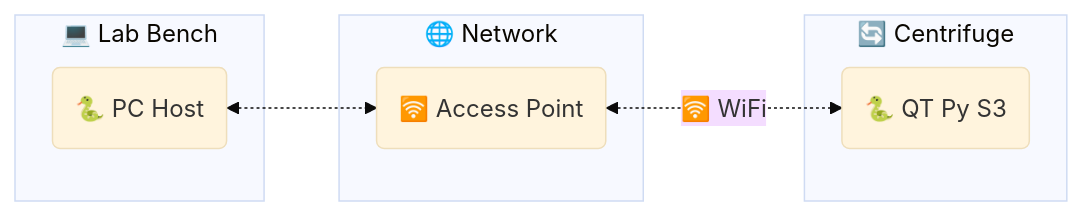
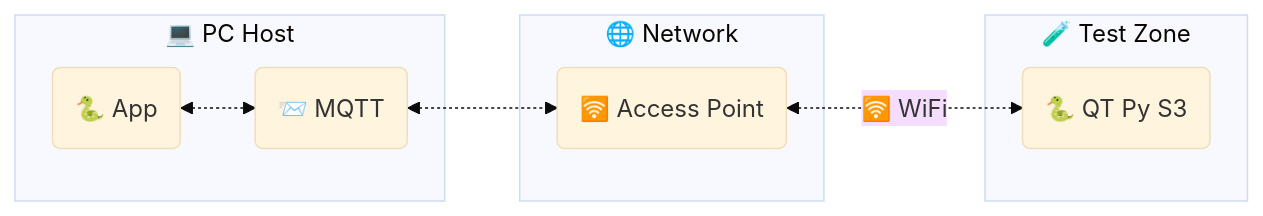
The diagram in README.md (wireddown/qt-py-s3-daq-app), drawn with Mermaid (base theme) before and after one commit. The commit also changed other lines of this file, not shown here.

Commit message:
Update system diagram Add supported Python versions and operating systems Add howto preview section

````diff
--- a/README.md
+++ b/README.md
@@ -9,19 +9,20 @@
 ```mermaid
 graph LR
-    Host(🐍 PC Host)
+    AP(🛜 Access Point)
+    App(🐍 App)
+    MQTT(📨 MQTT)
     QTPy(🐍 QT Py S3)
-    AP(🛜 Access Point)
 
     subgraph "🌐 Network"
-      AP
+        AP
     end
 
-    subgraph "💻 Lab Bench"
-        Host<-.->AP
+    subgraph "💻 PC Host"
+        App<-.->MQTT
+        MQTT<-.->AP
     end
 
-    subgraph "🔄️ Centrifuge"
+    subgraph "🧪 Test Zone"
         AP<-.->|🛜 WiFi|QTPy
     end
-
 ```
````
